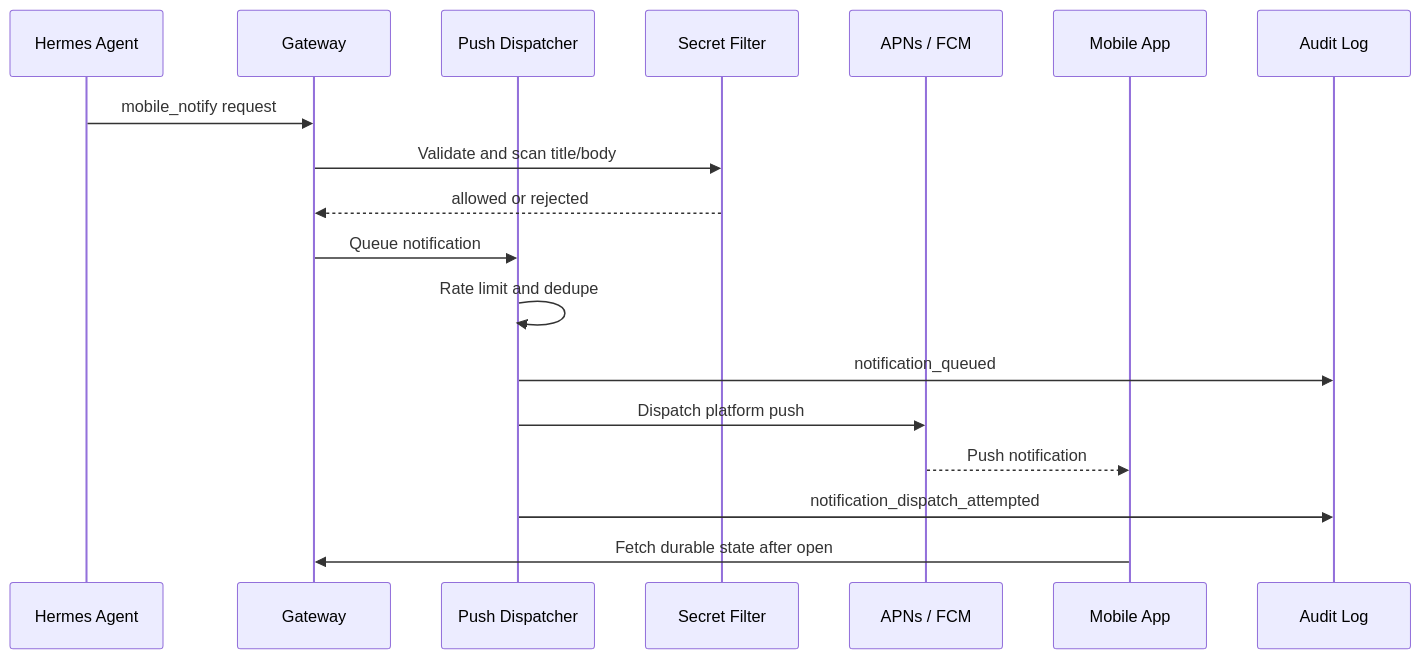
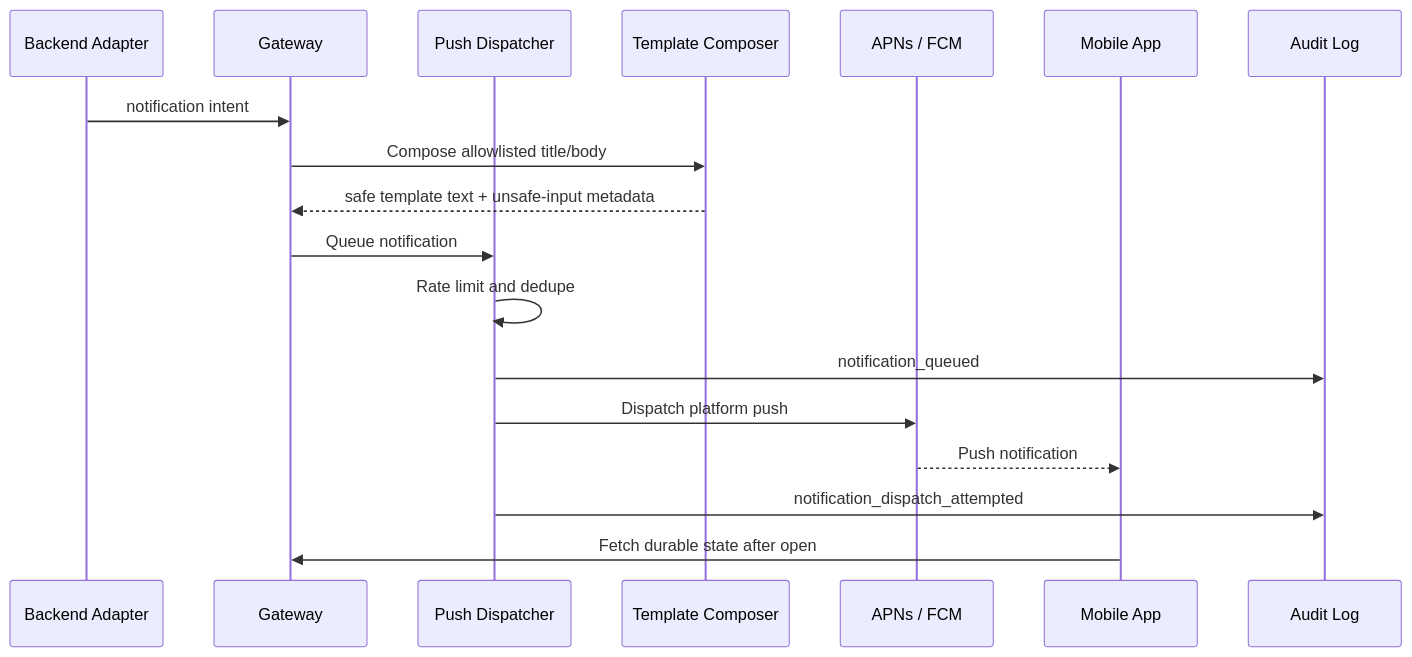
One commit to MahdiHedhli/HermesMobileCommand changed the diagram in docs/architecture/push-notification-framework.md. Above: the diagram before and after it, drawn with Mermaid. The commit also changed other lines of this file and 16 other files, not shown here.

````diff
--- a/docs/architecture/push-notification-framework.md
+++ b/docs/architecture/push-notification-framework.md
@@ -55,21 +61,21 @@
 ```mermaid
 sequenceDiagram
-  participant H as Hermes Agent
+  participant H as Backend Adapter
   participant G as Gateway
   participant P as Push Dispatcher
-  participant S as Secret Filter
+  participant S as Template Composer
   participant N as APNs / FCM
   participant M as Mobile App
   participant A as Audit Log
 
-  H->>G: mobile_notify request
-  G->>S: Validate and scan title/body
-  S-->>G: allowed or rejected
+  H->>G: notification intent
+  G->>S: Compose allowlisted title/body
+  S-->>G: safe template text + unsafe-input metadata
   G->>P: Queue notification
   P->>P: Rate limit and dedupe
   P->>A: notification_queued
   P->>N: Dispatch platform push
   N-->>M: Push notification
   P->>A: notification_dispatch_attempted
   M->>G: Fetch durable state after open
 ```
````
